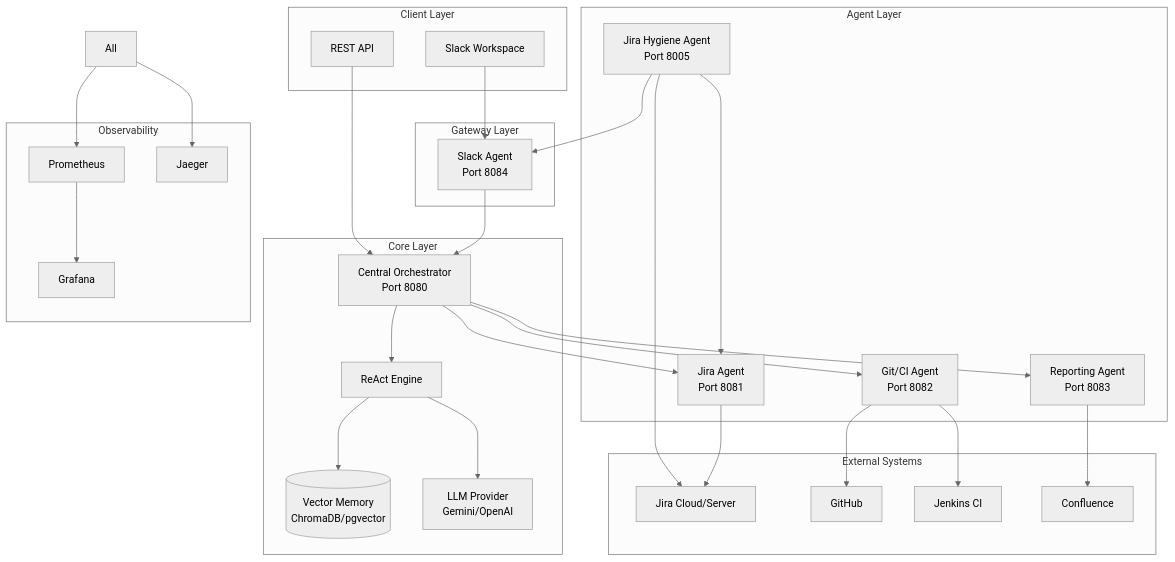
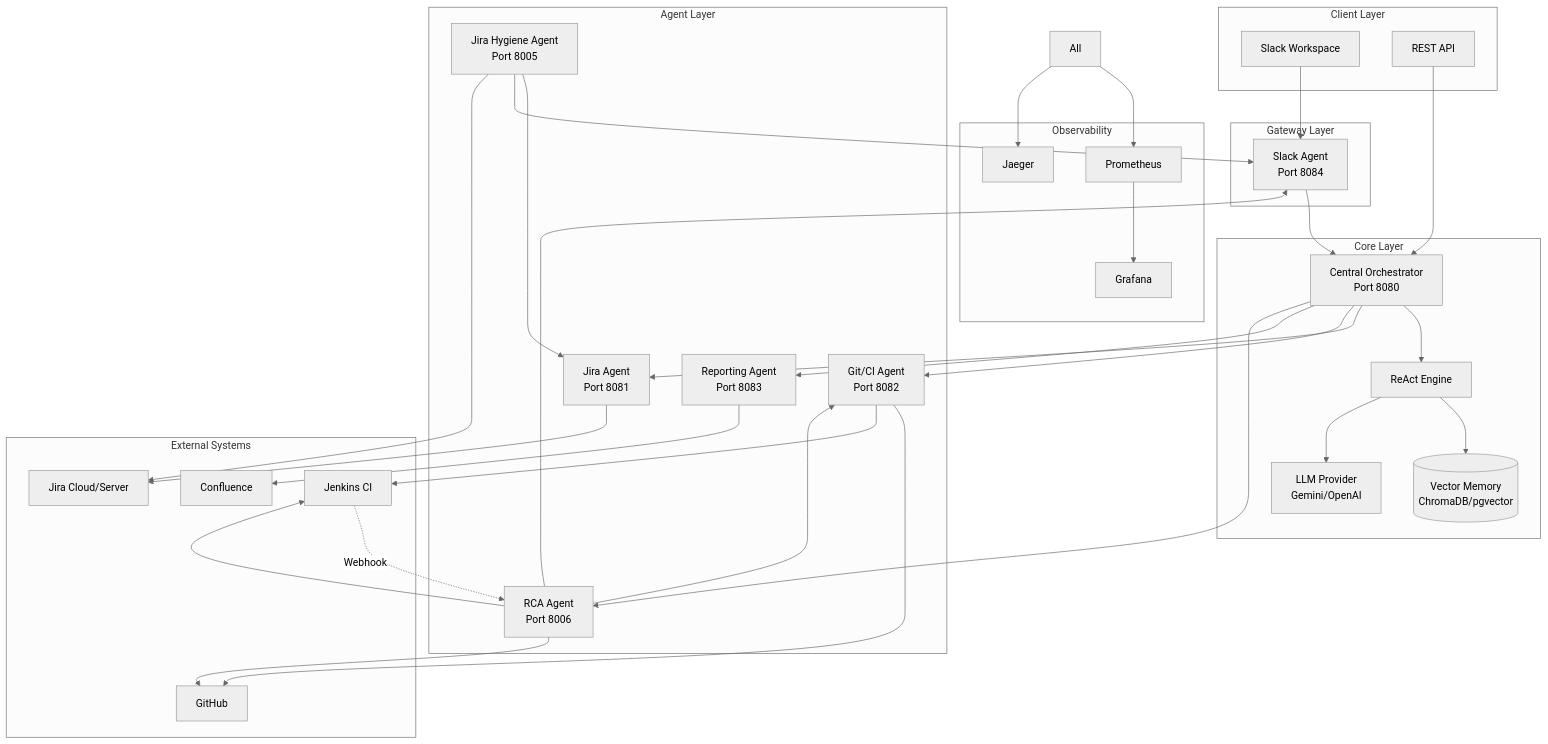
The first of 10 diagrams in docs/architecture.md (IKRedHat/Nexus-Release-Readiness-Bot), drawn with Mermaid (neutral theme) before and after one commit. The commit also changed other lines of this file and 4 other files, not shown here.

First line of the commit message:
docs: update all documentation for RCA auto-trigger and Slack notifications

````diff
--- a/docs/architecture.md
+++ b/docs/architecture.md
@@ -9,63 +9,71 @@
 ```mermaid
 flowchart TB
     subgraph Client["Client Layer"]
         Slack[Slack Workspace]
         API[REST API]
     end
     
     subgraph Gateway["Gateway Layer"]
         SlackAgent[Slack Agent<br/>Port 8084]
     end
     
     subgraph Core["Core Layer"]
         Orchestrator[Central Orchestrator<br/>Port 8080]
         ReAct[ReAct Engine]
         Memory[(Vector Memory<br/>ChromaDB/pgvector)]
         LLM[LLM Provider<br/>Gemini/OpenAI]
     end
     
     subgraph Agents["Agent Layer"]
         JiraAgent[Jira Agent<br/>Port 8081]
         GitAgent[Git/CI Agent<br/>Port 8082]
         ReportAgent[Reporting Agent<br/>Port 8083]
         HygieneAgent[Jira Hygiene Agent<br/>Port 8005]
+        RCAAgent[RCA Agent<br/>Port 8006]
     end
     
     subgraph External["External Systems"]
         Jira[Jira Cloud/Server]
         GitHub[GitHub]
         Jenkins[Jenkins CI]
         Confluence[Confluence]
     end
     
     subgraph Observability["Observability"]
         Prometheus[Prometheus]
         Grafana[Grafana]
         Jaeger[Jaeger]
     end
     
     Slack --> SlackAgent
     API --> Orchestrator
     SlackAgent --> Orchestrator
     
     Orchestrator --> ReAct
     ReAct --> Memory
     ReAct --> LLM
     
     Orchestrator --> JiraAgent
     Orchestrator --> GitAgent
     Orchestrator --> ReportAgent
     
     HygieneAgent --> JiraAgent
     HygieneAgent --> SlackAgent
     HygieneAgent --> Jira
     
+    Orchestrator --> RCAAgent
+    RCAAgent --> GitAgent
+    RCAAgent --> SlackAgent
+    RCAAgent --> Jenkins
+    RCAAgent --> GitHub
+    Jenkins -.->|Webhook| RCAAgent
+    
     JiraAgent --> Jira
     GitAgent --> GitHub
     GitAgent --> Jenkins
     ReportAgent --> Confluence
     
     All --> Prometheus
     Prometheus --> Grafana
     All --> Jaeger
 ```
````
